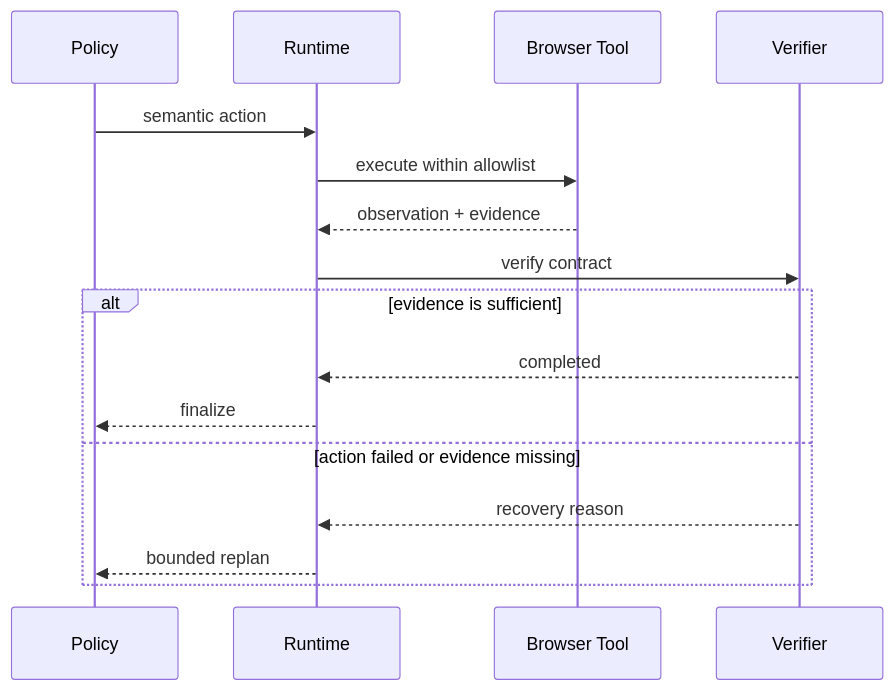
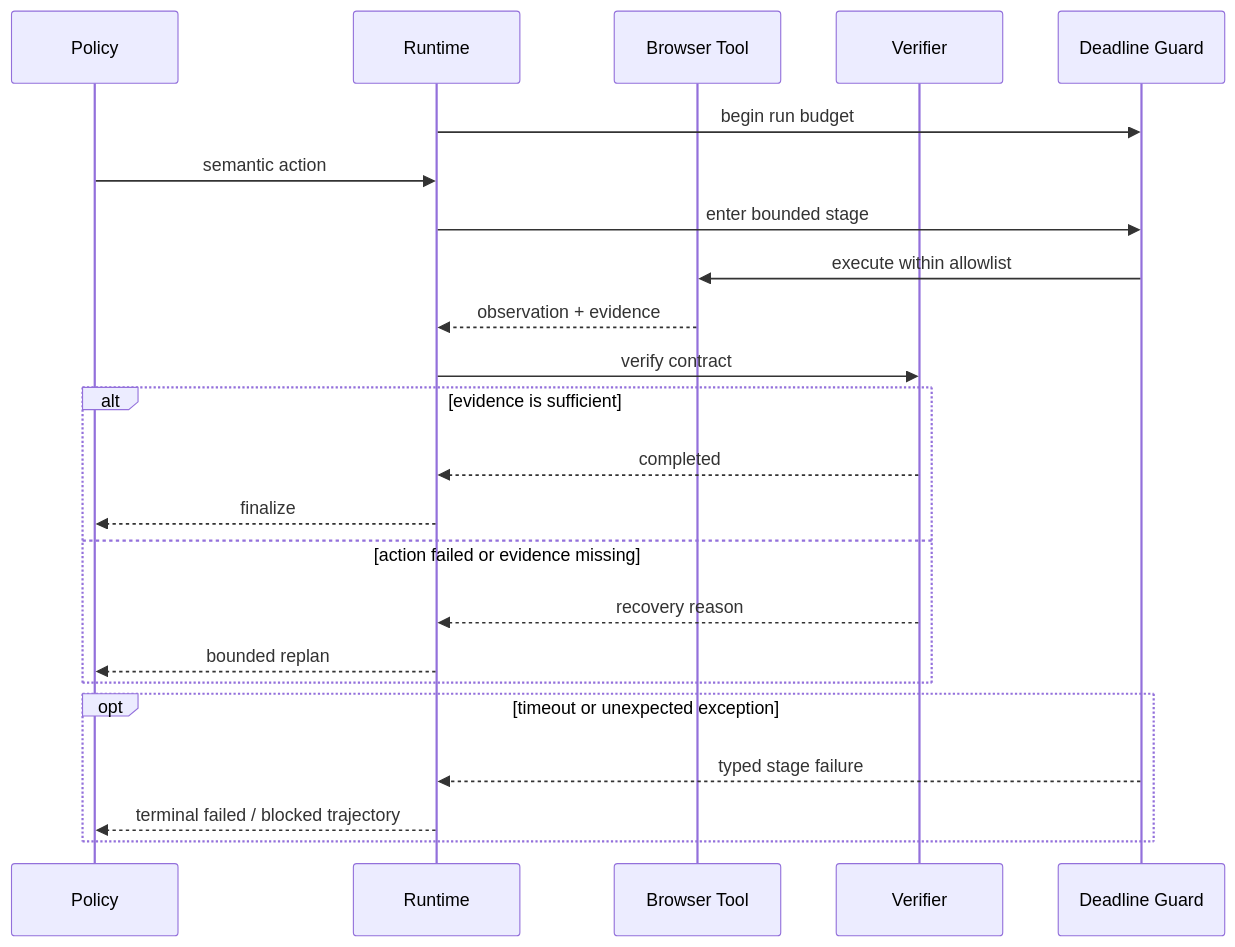
The second of 2 diagrams in docs/ARCHITECTURE.md (wkaixuan677-arch/browser-agent-runtime-lite), drawn with Mermaid before and after one commit. The commit also changed other lines of this file and 18 other files, not shown here.

````diff
--- a/docs/ARCHITECTURE.md
+++ b/docs/ARCHITECTURE.md
@@ -34,18 +44,25 @@
 ```mermaid
 sequenceDiagram
     participant P as Policy
     participant R as Runtime
     participant B as Browser Tool
     participant V as Verifier
+    participant D as Deadline Guard
+    R->>D: begin run budget
     P->>R: semantic action
-    R->>B: execute within allowlist
+    R->>D: enter bounded stage
+    D->>B: execute within allowlist
     B-->>R: observation + evidence
     R->>V: verify contract
     alt evidence is sufficient
       V-->>R: completed
       R-->>P: finalize
     else action failed or evidence missing
       V-->>R: recovery reason
       R-->>P: bounded replan
     end
+    opt timeout or unexpected exception
+      D-->>R: typed stage failure
+      R-->>P: terminal failed / blocked trajectory
+    end
 ```
````
